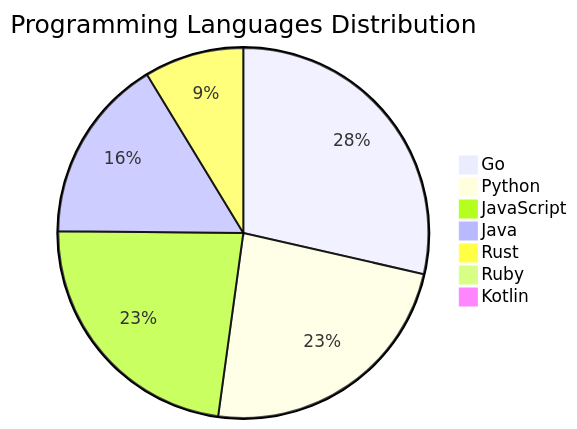
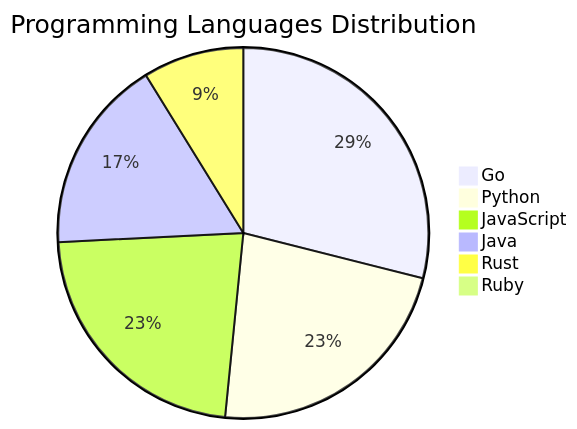
One commit to Derrick-MUGISHA/github-activity-bot changed the diagram in README.md. Above: the diagram before and after it, drawn with Mermaid. The commit also changed other lines of this file and 4 other files, not shown here.

````diff
--- a/README.md
+++ b/README.md
@@ -209,10 +208,9 @@
 ```mermaid
 pie title Programming Languages Distribution
     "Go" : 46
-    "Python" : 38
-    "JavaScript" : 37
-    "Java" : 26
+    "Python" : 36
+    "JavaScript" : 36
+    "Java" : 27
     "Rust" : 14
     "Ruby" : 1
-    "Kotlin" : 1
 ```
````
